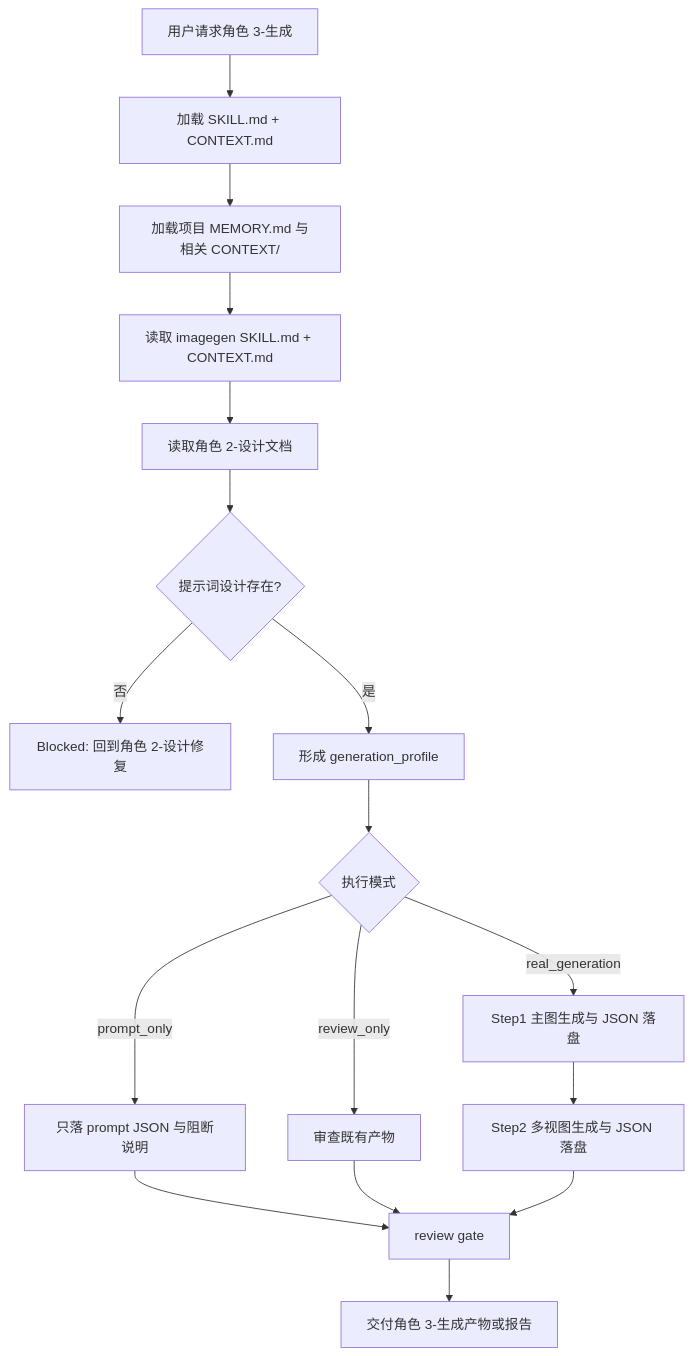
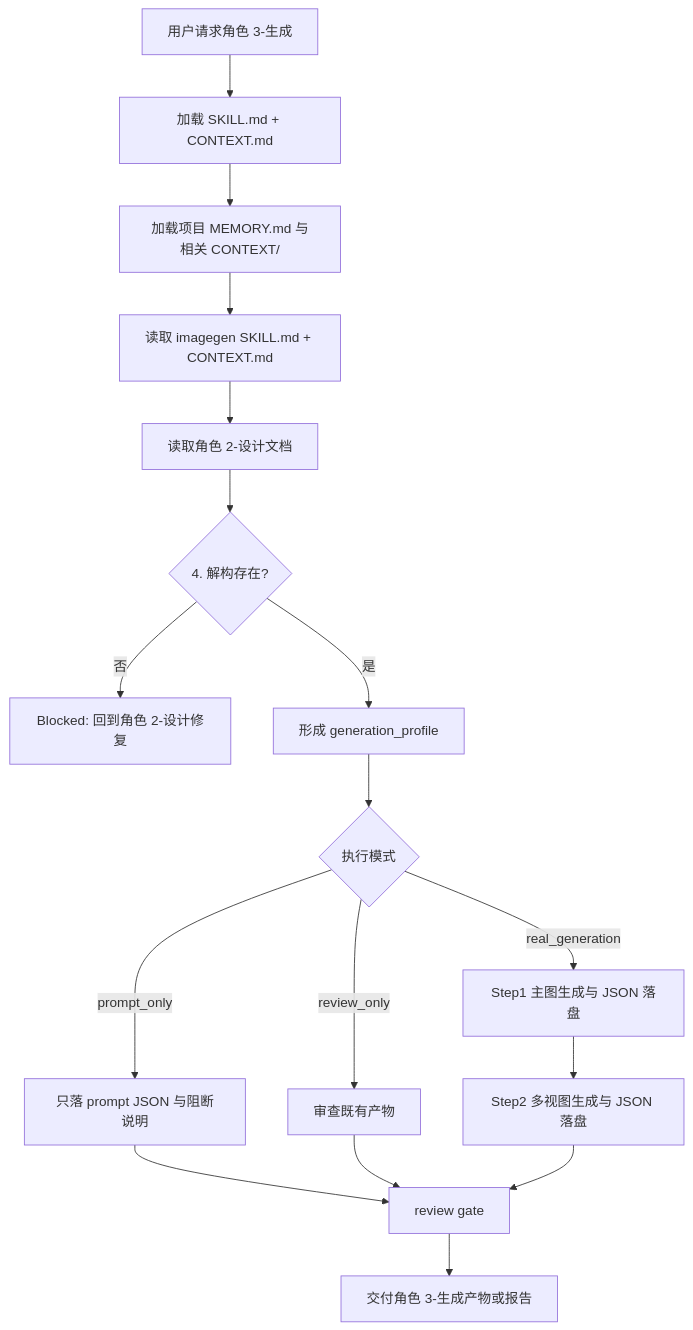
The first of 3 diagrams in .agents/skills/aigc/5-设计/角色/3-生成/SKILL.md (ZEN-VOID/AI-CUT), drawn with Mermaid before and after one commit. The commit also changed other lines of this file and 106 other files, not shown here.

````diff
--- a/.agents/skills/aigc/5-设计/角色/3-生成/SKILL.md
+++ b/.agents/skills/aigc/5-设计/角色/3-生成/SKILL.md
@@ -79,19 +79,19 @@
 ```mermaid
 flowchart TD
     A["用户请求角色 3-生成"] --> B["加载 SKILL.md + CONTEXT.md"]
     B --> C["加载项目 MEMORY.md 与相关 CONTEXT/"]
     C --> D["读取 imagegen SKILL.md + CONTEXT.md"]
     D --> E["读取角色 2-设计文档"]
-    E --> F{"提示词设计存在?"}
+    E --> F{"4. 解构存在?"}
     F -->|"否"| G["Blocked: 回到角色 2-设计修复"]
     F -->|"是"| H["形成 generation_profile"]
     H --> I{"执行模式"}
     I -->|"real_generation"| J["Step1 主图生成与 JSON 落盘"]
     I -->|"prompt_only"| K["只落 prompt JSON 与阻断说明"]
     I -->|"review_only"| L["审查既有产物"]
     J --> M["Step2 多视图生成与 JSON 落盘"]
     K --> N["review gate"]
     L --> N
     M --> N
     N --> O["交付角色 3-生成产物或报告"]
 ```
````
